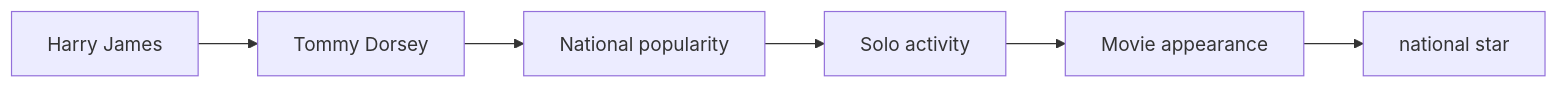
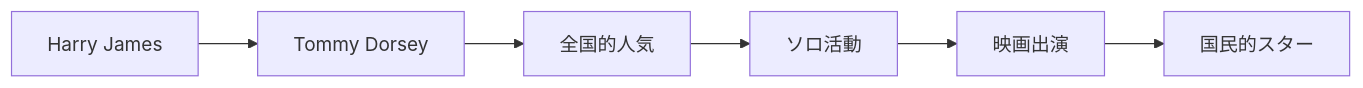
The second of 5 diagrams in en/_posts/2026-06-25-column-frank-sinatra.md (monumental-movement/monumental-movement.github.io), drawn with Mermaid before and after one commit. The commit also changed other lines of this file and 2196 other files, not shown here.

```diff
--- a/en/_posts/2026-06-25-column-frank-sinatra.md
+++ b/en/_posts/2026-06-25-column-frank-sinatra.md
@@ -170,8 +170,8 @@
 <div class="mermaid">
 flowchart LR
 A[Harry James] --> B[Tommy Dorsey]
-B --> C[National popularity]
-C --> D[Solo activity]
-D --> E[Movie appearance]
-E --> F[national star]
+B --> C[全国的人気]
+C --> D[ソロ活動]
+D --> E[映画出演]
+E --> F[国民的スター]
 </div>
```
